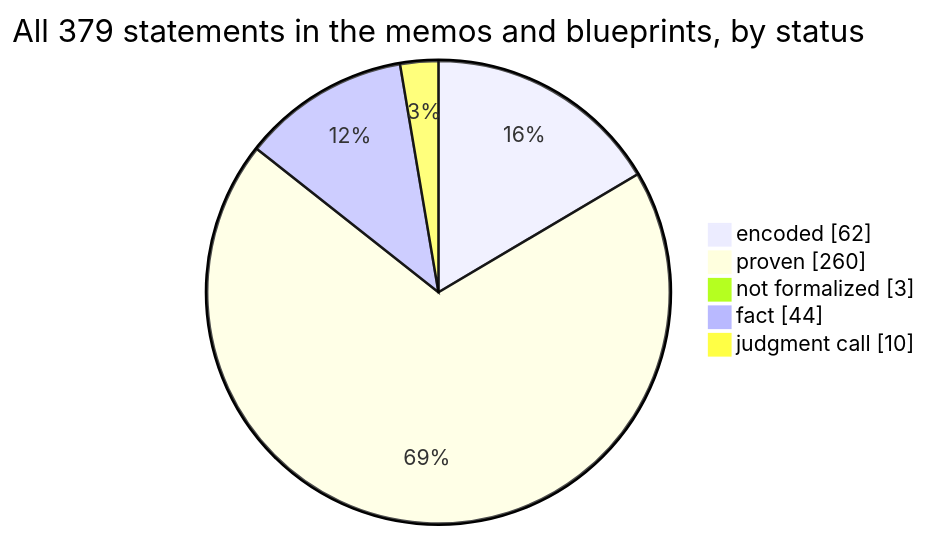
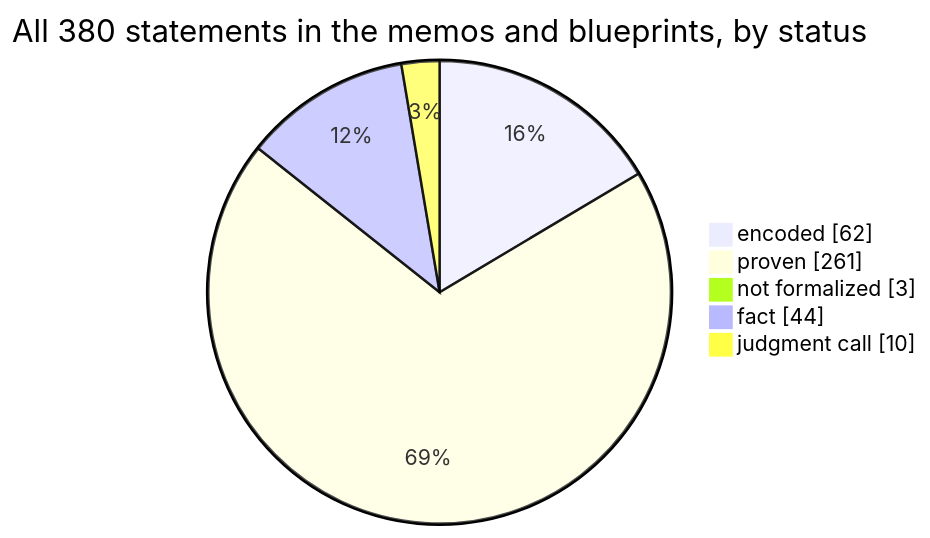
One commit to SeanWMurray/Canteen changed the first of 4 diagrams in docs/graphs/dashboard.md. Above: the diagram before and after it, drawn with Mermaid. The commit also changed other lines of this file and 14 other files, not shown here.

````diff
--- a/docs/graphs/dashboard.md
+++ b/docs/graphs/dashboard.md
@@ -11,8 +11,8 @@
 ```mermaid
-pie showData title All 379 statements in the memos and blueprints, by status
+pie showData title All 380 statements in the memos and blueprints, by status
     "encoded" : 62
-    "proven" : 260
+    "proven" : 261
     "not formalized" : 3
     "fact" : 44
     "judgment call" : 10
 ```
````
